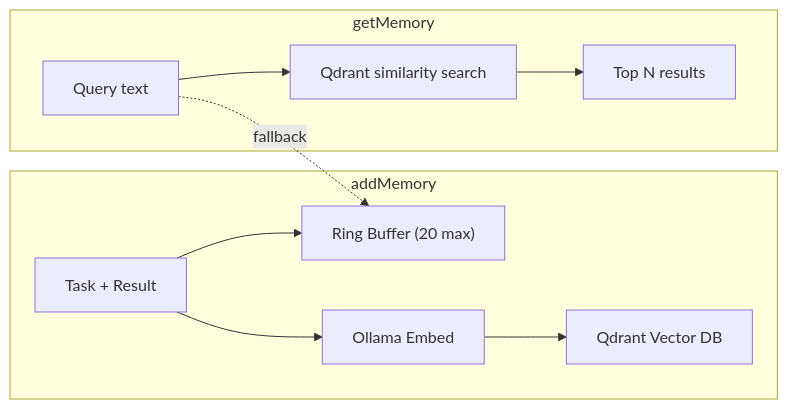
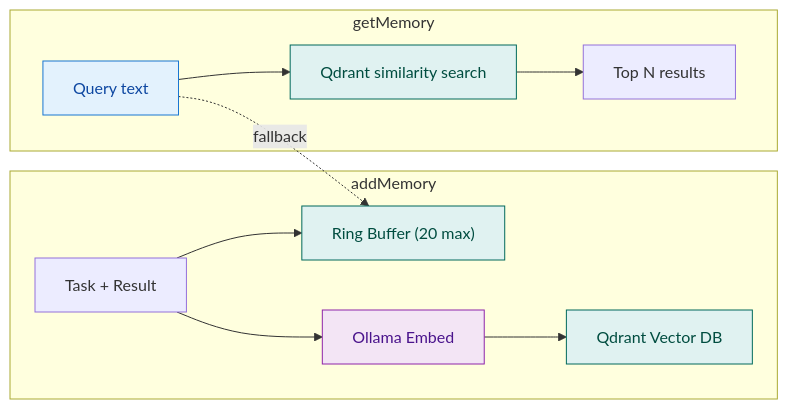
The second of 2 diagrams in docs/packages/memory.md (Guebbit/AI-coding-assistant), drawn with Mermaid before and after one commit. The commit also changed other lines of this file and 54 other files, not shown here.

First line of the commit message:
docs: add mermaid diagrams to quickstart & ollama-notes, color-code all flowcharts

````diff
--- a/docs/packages/memory.md
+++ b/docs/packages/memory.md
@@ -155,13 +159,18 @@
 ```mermaid
 flowchart LR
     subgraph addMemory
         Entry[Task + Result] --> Ring["Ring Buffer (20 max)"]
         Entry --> Embed["Ollama Embed"]
         Embed --> Qdrant["Qdrant Vector DB"]
     end
     subgraph getMemory
         Query[Query text] --> QSearch["Qdrant similarity search"]
         QSearch --> TopN["Top N results"]
         Query -.->|fallback| Ring
     end
+    style Ring fill:#e0f2f1,stroke:#00695c,color:#004d40
+    style Embed fill:#f3e5f5,stroke:#8e24aa,color:#4a148c
+    style Qdrant fill:#e0f2f1,stroke:#00695c,color:#004d40
+    style QSearch fill:#e0f2f1,stroke:#00695c,color:#004d40
+    style Query fill:#e3f2fd,stroke:#1976d2,color:#0d47a1
 ```
````
